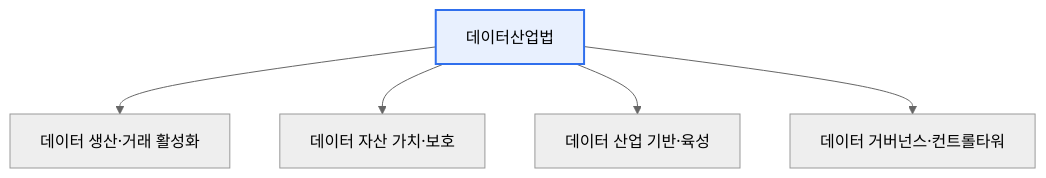
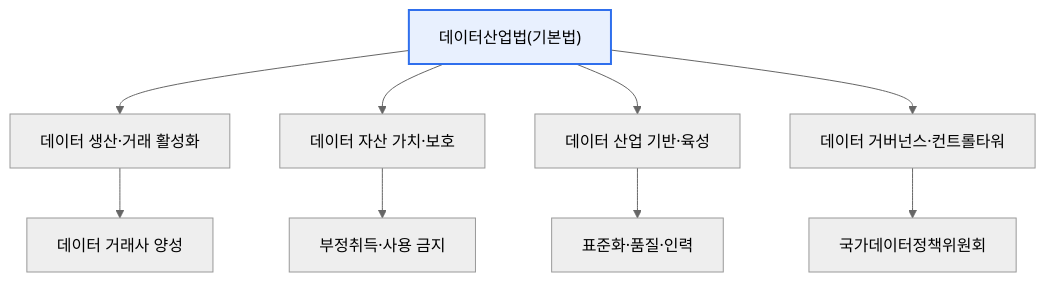
Before and after one commit to coninggu/wjdqhrhksflrltnftk: the first of 2 diagrams in content/data-industry-act.md, drawn with Mermaid (neutral theme). The commit also changed other lines of this file and 3 other files, not shown here.

Commit message:
Deepen 스프링 부트(Spring Boot), 데이터산업법(데이터 산업진흥법) (auto)

````diff
--- a/content/data-industry-act.md
+++ b/content/data-industry-act.md
@@ -15,8 +23,12 @@
 ```mermaid
 flowchart TB
-  A[데이터산업법] --> P[데이터 생산·거래 활성화]
-  A --> V[데이터 자산 가치·보호]
-  A --> E[데이터 산업 기반·육성]
-  A --> G[데이터 거버넌스·컨트롤타워]
+  A["데이터산업법(기본법)"] --> P["데이터 생산·거래 활성화"]
+  A --> V["데이터 자산 가치·보호"]
+  A --> E["데이터 산업 기반·육성"]
+  A --> G["데이터 거버넌스·컨트롤타워"]
+  P --> P1["데이터 거래사 양성"]
+  V --> V1["부정취득·사용 금지"]
+  E --> E1["표준화·품질·인력"]
+  G --> G1["국가데이터정책위원회"]
   style A fill:#e8f0fe,stroke:#2f6fed,stroke-width:2px
 ```
````
